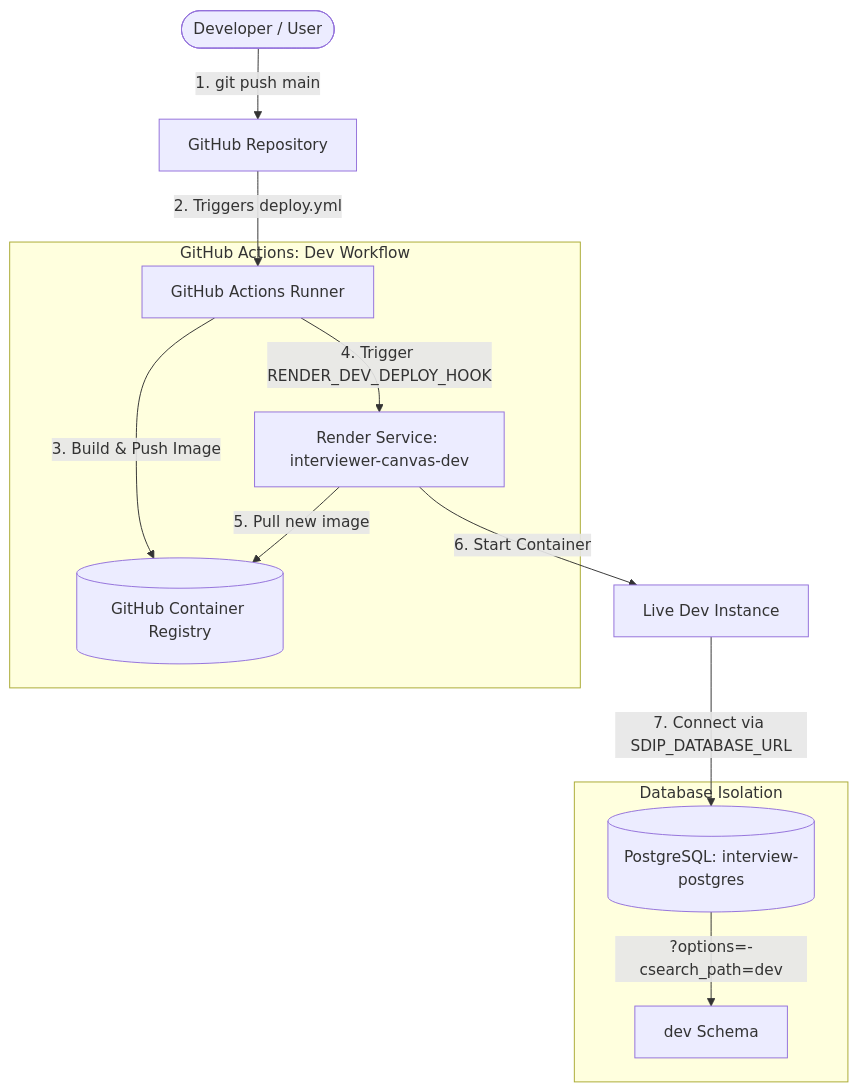
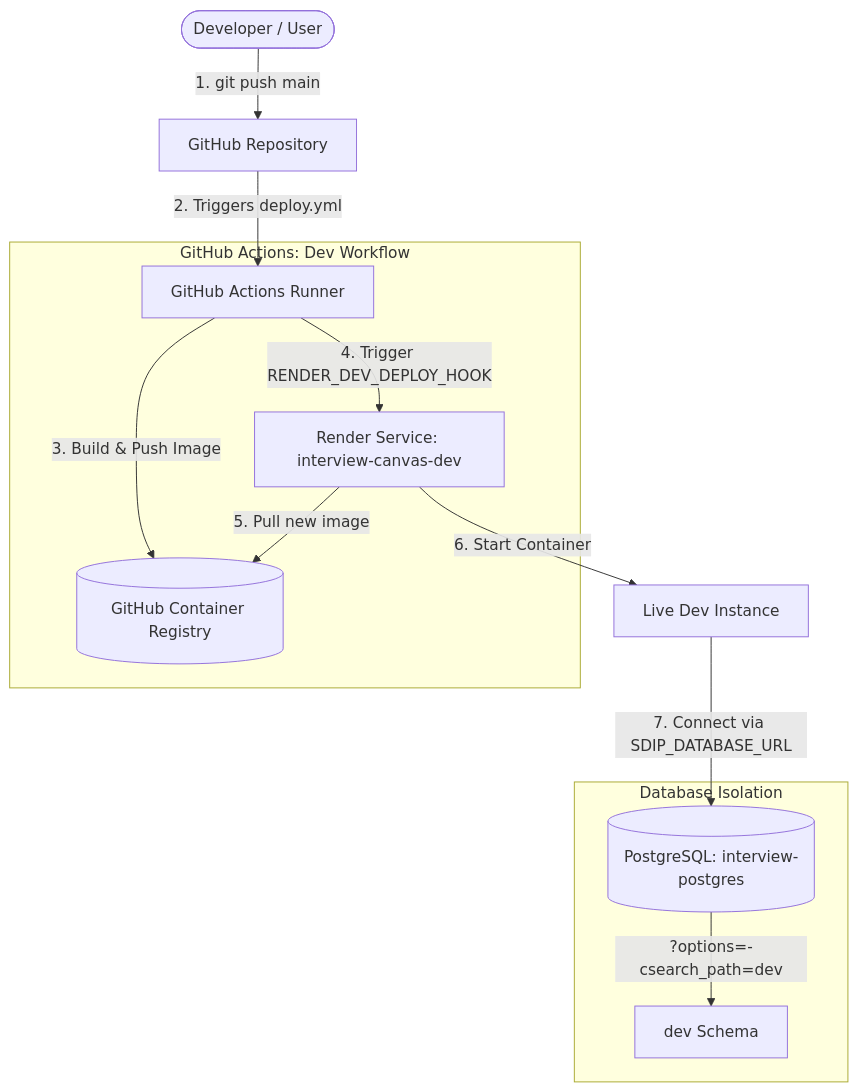
Before and after one commit to SabaYahyaa/interview-canvas-share-training-dev-tools-zoomcamp: the first of 2 diagrams in README.md, drawn with Mermaid. The commit also changed other lines of this file and 14 other files, not shown here.

````diff
--- a/README.md
+++ b/README.md
@@ -258,18 +107,18 @@
 ```mermaid
 flowchart TD
     User([Developer / User]) -->|1. git push main| GHRepo[GitHub Repository]
     GHRepo -->|2. Triggers deploy.yml| GHRunner[GitHub Actions Runner]
     
     subgraph GHActionsDev [GitHub Actions: Dev Workflow]
         GHRunner -->|3. Build & Push Image| GHCR[(GitHub Container Registry)]
-        GHRunner -->|4. Trigger RENDER_DEV_DEPLOY_HOOK| RenderDev[Render Service: interviewer-canvas-dev]
+        GHRunner -->|4. Trigger RENDER_DEV_DEPLOY_HOOK| RenderDev[Render Service: interview-canvas-dev]
     end
     
     RenderDev -->|5. Pull new image| GHCR
     RenderDev -->|6. Start Container| DevContainer[Live Dev Instance]
     DevContainer -->|7. Connect via SDIP_DATABASE_URL| DB[(PostgreSQL: interview-postgres)]
     
     subgraph SchemaDev [Database Isolation]
         DB -->|?options=-csearch_path=dev| DevSchema[dev Schema]
     end
 ```
````
